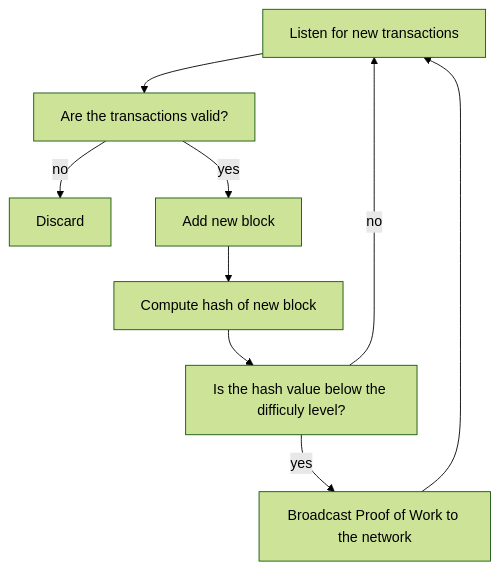
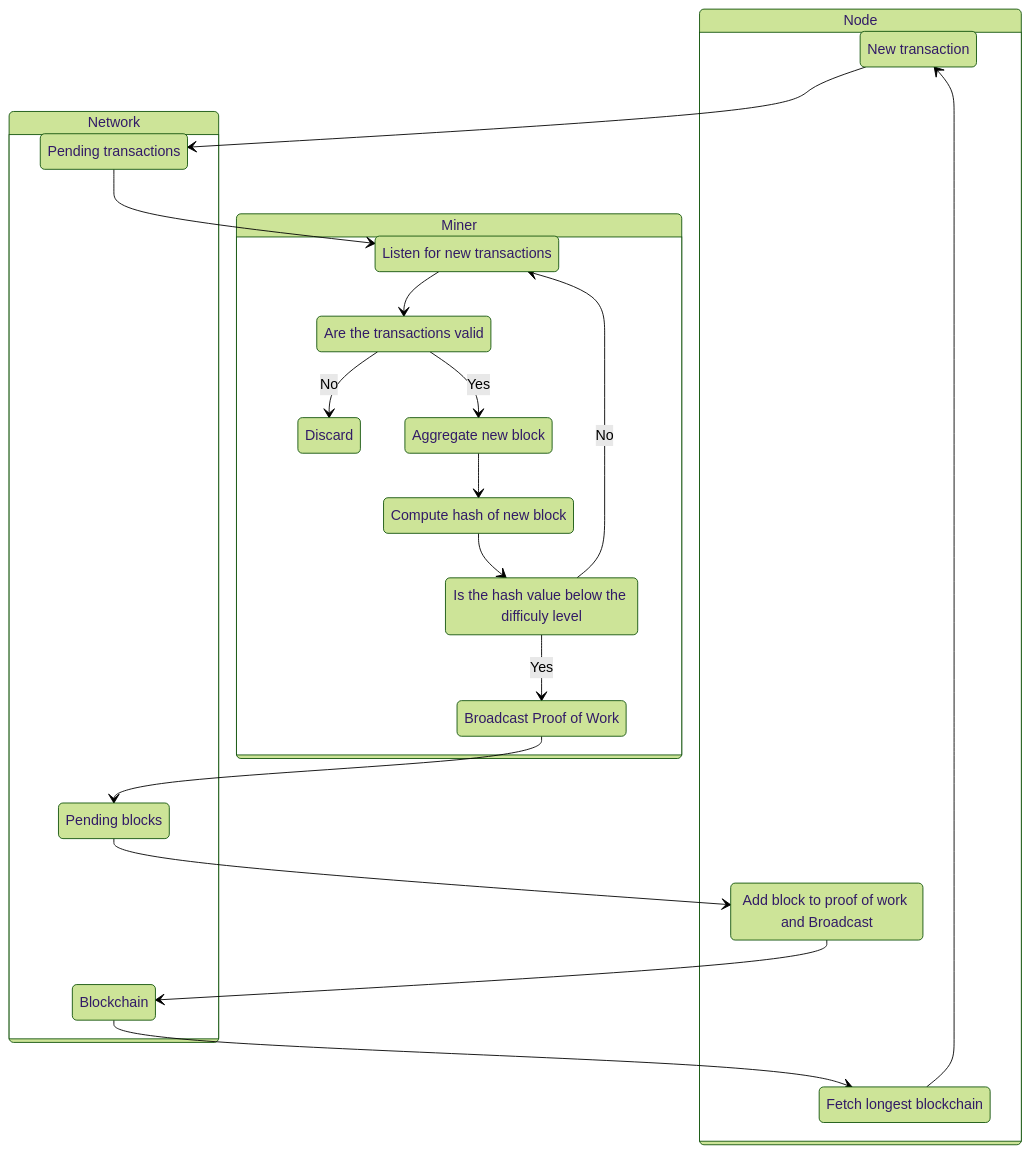
The sixth of 8 diagrams in A1/a1presentation.md (cainsusk/BitcoinCore-Architecture), drawn with Mermaid before and after one commit. The commit also changed other lines of this file and 2 other files, not shown here.

````diff
--- a/A1/a1presentation.md
+++ b/A1/a1presentation.md
@@ -182,18 +197,44 @@
 ```mermaid
-%%{init: {"theme": "forest", "flowchart":{"diagramPadding": 70, "rankSpacing": 40}}}%%
-flowchart TD;
-        A[Listen for new transactions]
-        B[Are the transactions valid?]
-        B1[Discard]
-        B2[Add new block]
-        C[Compute hash of new block]
-        D[Is the hash value below the difficuly level?]
-        E[Broadcast Proof of Work to the network]
+%%{init: {"theme": "forest", "state": {"useMaxWidth": false, "fontSize": '30'}}}%%
+stateDiagram-v2
+        n :         <font size=3>Node
+        N :         <font size=3>Network
+        m :         <font size=3>Miner
+        state n {
+                T : <font size=3>New transaction
+                J : <font size=3>Add block to proof of work and Broadcast
+                F : <font size=3>Fetch longest blockchain
+        }
+        state N {
+                direction LR
+                P : <font size=3>Pending transactions
+                X : <font size=3>Pending blocks
+                BC: <font size=3>Blockchain
+        }
+        state m {
+                direction RL
+                A : <font size=3>Listen for new transactions
+                B : <font size=3>Are the transactions valid
+                B1: <font size=3>Discard
+                B2: <font size=3>Aggregate new block
+                C : <font size=3>Compute hash of new block
+                D : <font size=3>Is the hash value below the difficuly level
+                E : <font size=3>Broadcast Proof of Work
+        }
+        T --> P
+        P --> A
 
         A --> B
-        B -->|no| B1; B -->|yes| B2
+        B --> B1 : No
+        B --> B2 : Yes
         B2 --> C
         C --> D
-        D -->|no| A; D -->|yes| E
-        E --> A
+        D --> A : No
+        D --> E : Yes
+
+        E --> X
+        X --> J
+        J --> BC
+        BC --> F
+        F --> T
 ```
````
